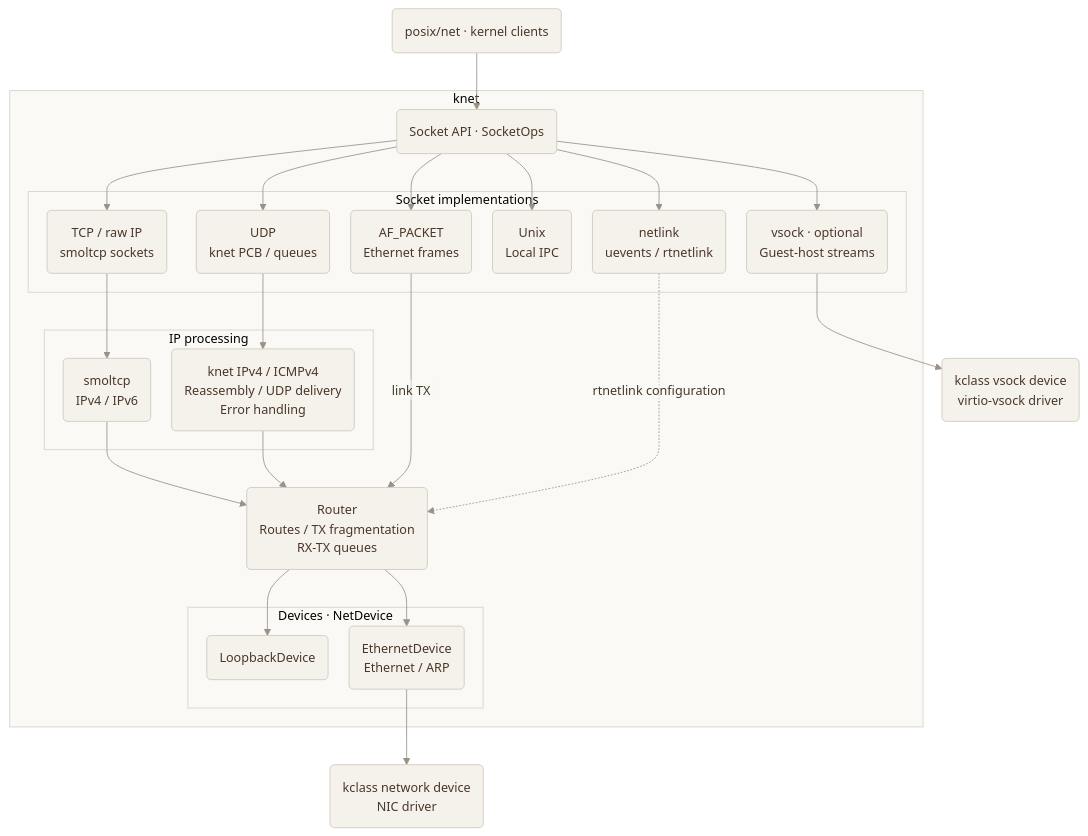
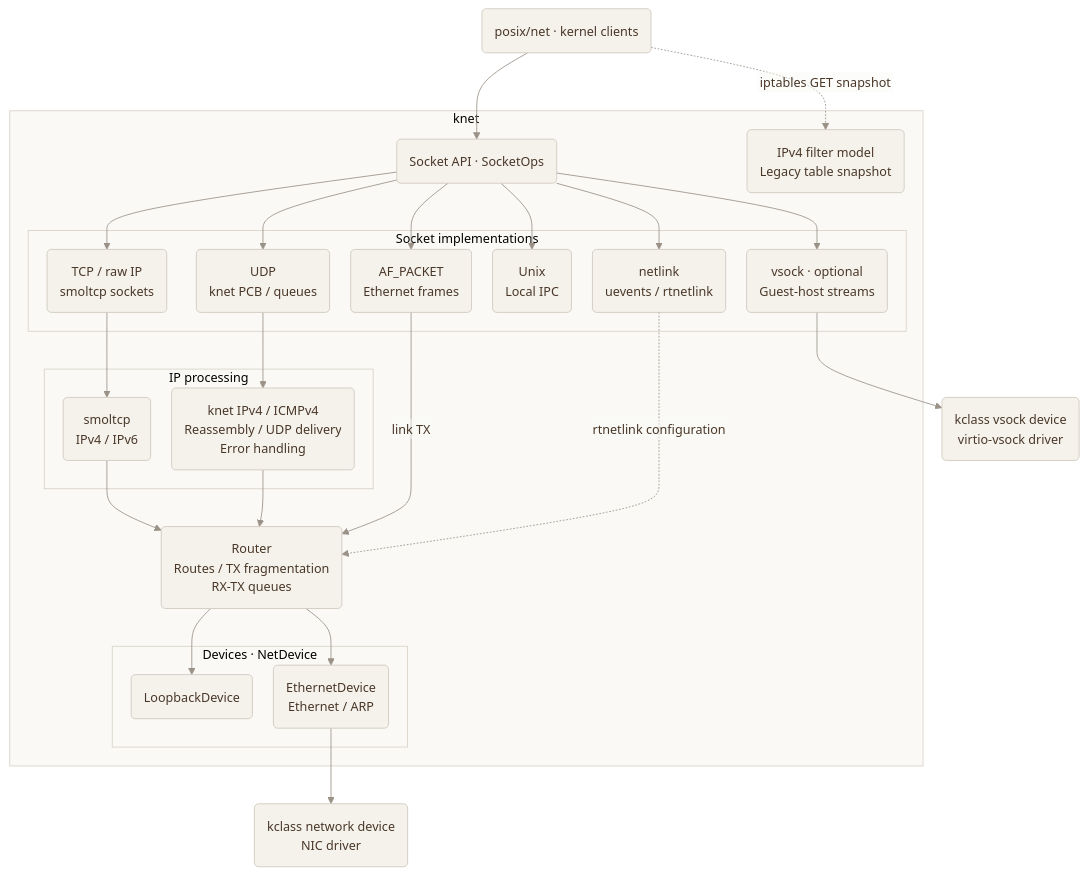
Before and after one commit to edidada/x-kernel: the first of 5 diagrams in net/knet/docs/design.md, drawn with Mermaid. The commit also changed other lines of this file and 13 other files, not shown here.

First line of the commit message:
net: knet: expose initial filter table via legacy iptables GET

```diff
--- a/net/knet/docs/design.md
+++ b/net/knet/docs/design.md
@@ -151,6 +152,9 @@
 Guest-host streams")
         end
 
+        FILTER("IPv4 filter model
+Legacy table snapshot")
+
         subgraph IP["IP processing"]
             SMOL("smoltcp
 IPv4 / IPv6")
@@ -176,6 +180,7 @@
 virtio-vsock driver")
 
     CALLER --> API
+    CALLER -.->|iptables GET snapshot| FILTER
     API --> TCP & UDP & PACKET & UNIX & NETLINK & VSOCK
     TCP --> SMOL
     UDP --> IPV4
```
